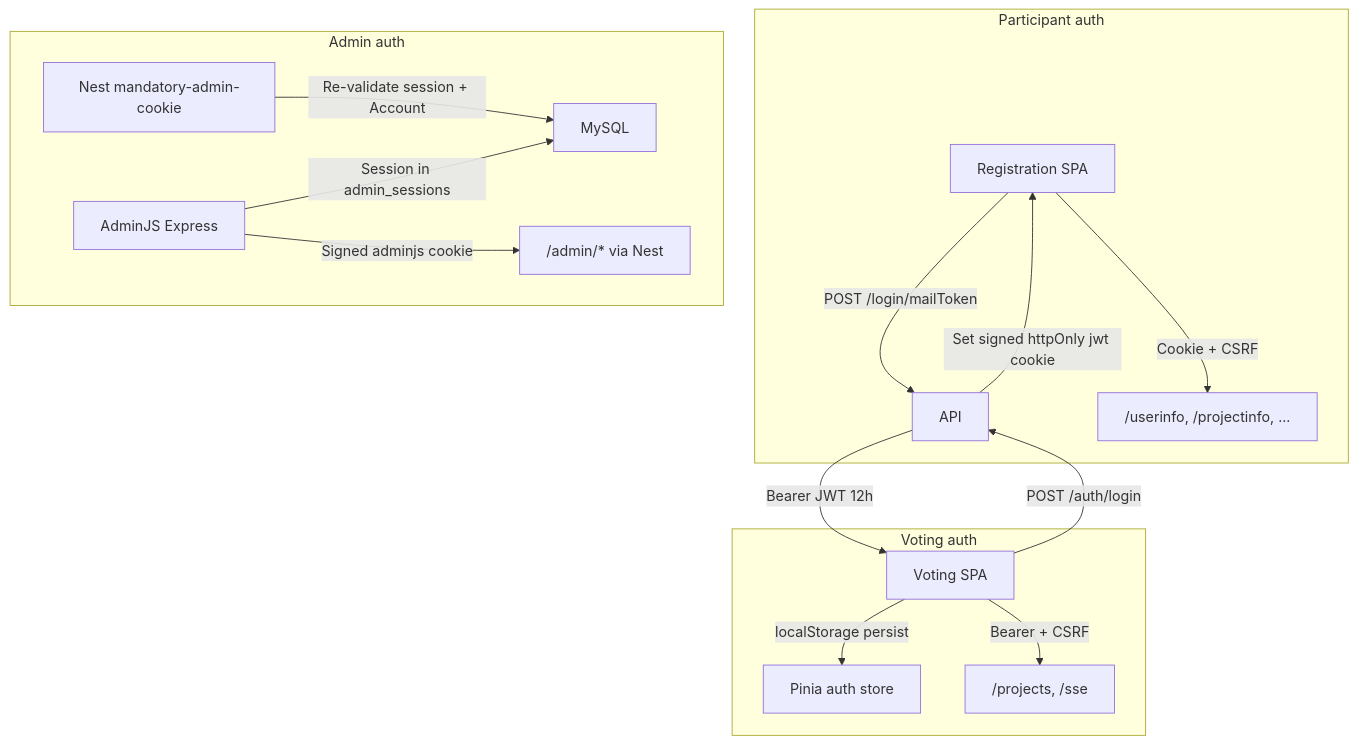
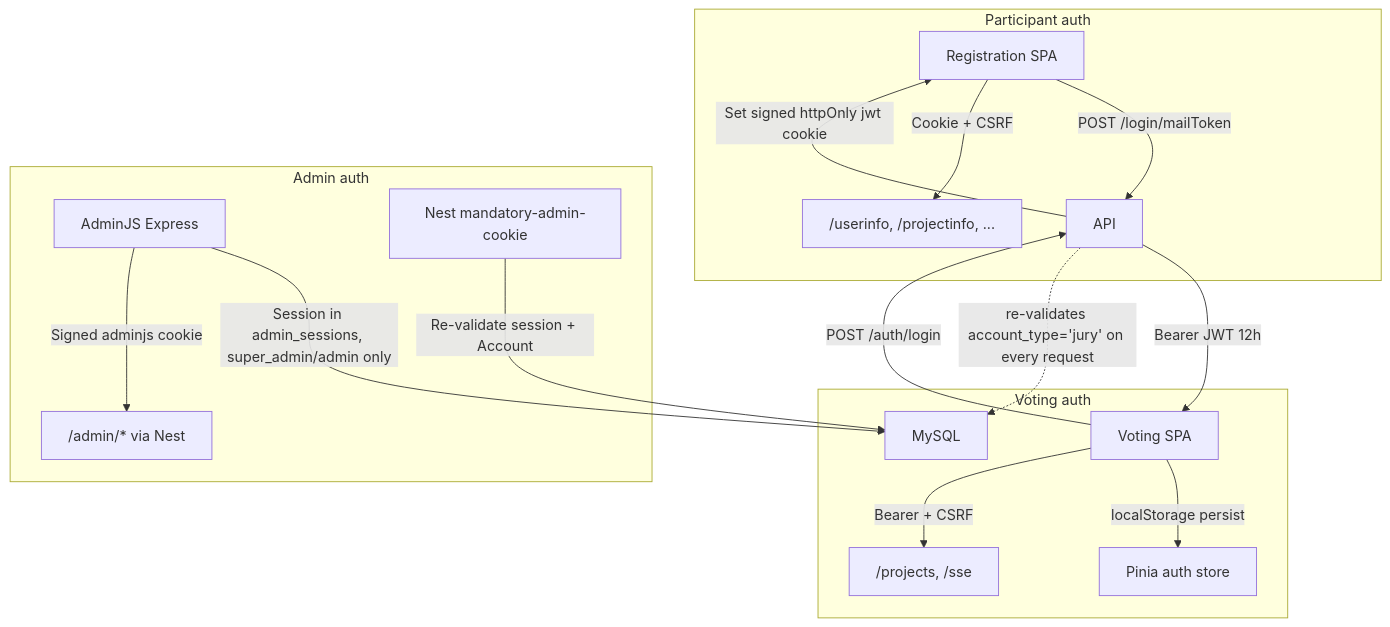
The diagram in docs/security-assessment-2026-09.md (CoolestProjectsBelgium/mono), drawn with Mermaid before and after one commit. The commit also changed other lines of this file and 24 other files, not shown here.

````diff
--- a/docs/security-assessment-2026-09.md
+++ b/docs/security-assessment-2026-09.md
@@ -57,21 +73,22 @@
 ```mermaid
 flowchart TB
   subgraph participant [Participant auth]
     RegSPA[Registration SPA] -->|POST /login/mailToken| API
     API -->|Set signed httpOnly jwt cookie| RegSPA
     RegSPA -->|Cookie + CSRF| ProtectedAPI["/userinfo, /projectinfo, ..."]
   end
 
   subgraph voting [Voting auth]
     VoteSPA[Voting SPA] -->|POST /auth/login| API
     API -->|Bearer JWT 12h| VoteSPA
     VoteSPA -->|localStorage persist| Pinia[Pinia auth store]
     VoteSPA -->|Bearer + CSRF| VoteAPI["/projects, /sse"]
+    API -.->|re-validates account_type='jury' on every request| MySQL
   end
 
   subgraph admin [Admin auth]
-    AdminJS[AdminJS Express] -->|Session in admin_sessions| MySQL
+    AdminJS[AdminJS Express] -->|Session in admin_sessions, super_admin/admin only| MySQL
     AdminJS -->|Signed adminjs cookie| AdminAPI["/admin/* via Nest"]
     NestAdmin[Nest mandatory-admin-cookie] -->|Re-validate session + Account| MySQL
   end
 ```
````
